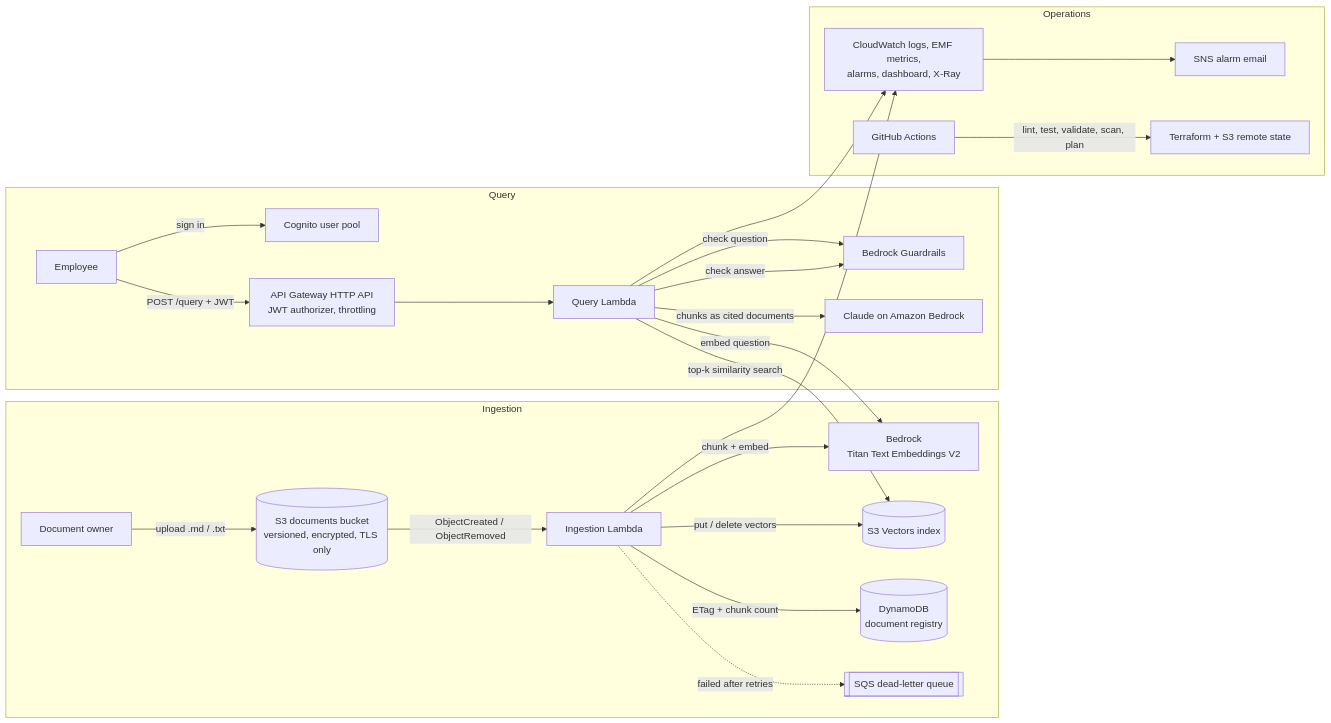
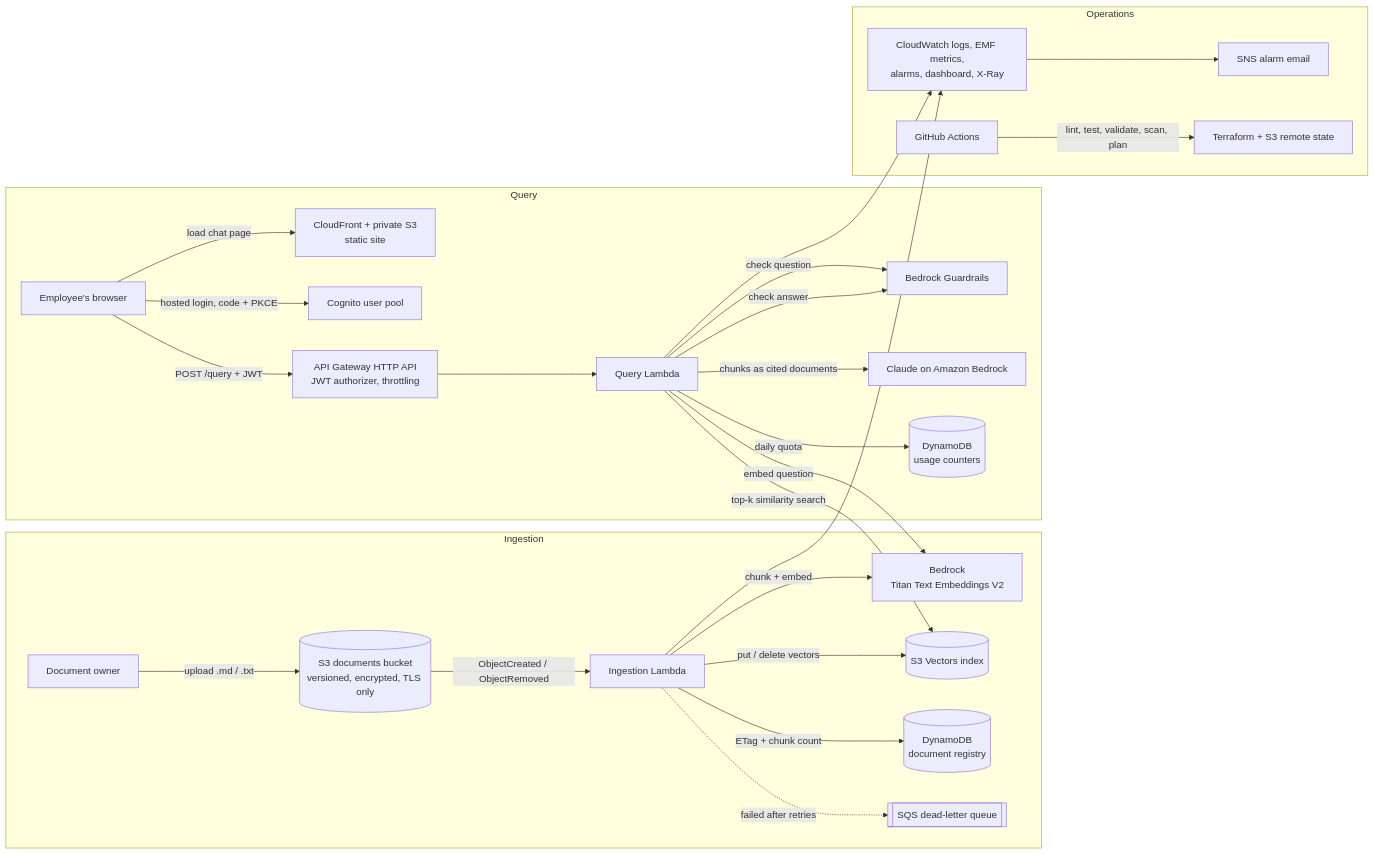
One commit to gkoufie1/enterprise-ai-rag-platform changed the diagram in README.md. Above: the diagram before and after it, drawn with Mermaid. The commit also changed other lines of this file and 25 other files, not shown here.

First line of the commit message:
Add web chat front end with Cognito hosted login and demo quota

````diff
--- a/README.md
+++ b/README.md
@@ -21,28 +22,30 @@
 ```mermaid
 flowchart LR
     subgraph Ingestion
         U1[Document owner] -->|upload .md / .txt| S3[(S3 documents bucket<br/>versioned, encrypted, TLS only)]
         S3 -->|ObjectCreated / ObjectRemoved| IL[Ingestion Lambda]
         IL -->|chunk + embed| TE[Bedrock<br/>Titan Text Embeddings V2]
         IL -->|put / delete vectors| SV[(S3 Vectors index)]
         IL -->|ETag + chunk count| DDB[(DynamoDB<br/>document registry)]
         IL -. failed after retries .-> DLQ[[SQS dead-letter queue]]
     end
 
     subgraph Query
-        U2[Employee] -->|sign in| COG[Cognito user pool]
+        U2[Employee's browser] -->|load chat page| CF[CloudFront + private S3<br/>static site]
+        U2 -->|hosted login, code + PKCE| COG[Cognito user pool]
         U2 -->|POST /query + JWT| APIGW[API Gateway HTTP API<br/>JWT authorizer, throttling]
         APIGW --> QL[Query Lambda]
         QL -->|check question| GR[Bedrock Guardrails]
         QL -->|embed question| TE
         QL -->|top-k similarity search| SV
         QL -->|chunks as cited documents| CL[Claude on Amazon Bedrock]
         QL -->|check answer| GR
+        QL -->|daily quota| USE[(DynamoDB<br/>usage counters)]
     end
 
     subgraph Operations
         QL & IL --> CW[CloudWatch logs, EMF metrics,<br/>alarms, dashboard, X-Ray]
         CW --> SNS[SNS alarm email]
         GH[GitHub Actions] -->|lint, test, validate, scan, plan| TF[Terraform + S3 remote state]
     end
 ```
````
